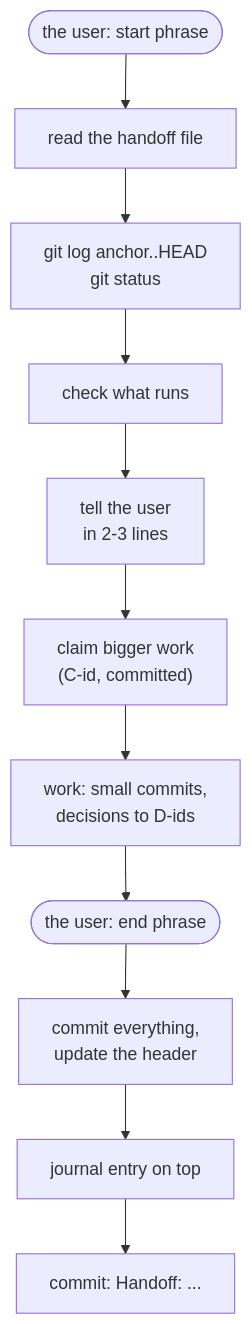
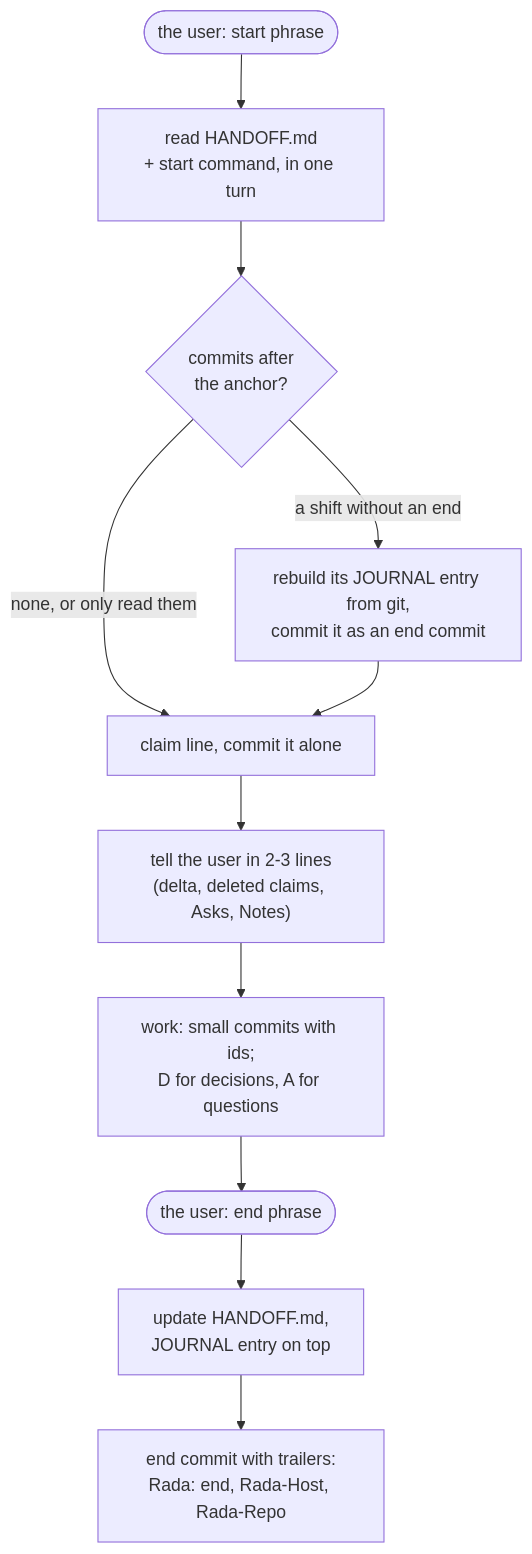
The diagram in README.md (kewl-ua/rada-anchor), drawn with Mermaid before and after one commit. The commit also changed other lines of this file and 6 other files, not shown here.

````diff
--- a/README.md
+++ b/README.md
@@ -48,13 +122,13 @@
 ```mermaid
 flowchart TD
-    A(["the user: start phrase"]) --> B["read the handoff file"]
-    B --> C["git log anchor..HEAD<br/>git status"]
-    C --> D["check what runs"]
-    D --> E["tell the user<br/>in 2-3 lines"]
-    E --> F["claim bigger work<br/>(C-id, committed)"]
-    F --> G["work: small commits,<br/>decisions to D-ids"]
-    G --> H(["the user: end phrase"])
-    H --> I["commit everything,<br/>update the header"]
-    I --> J["journal entry on top"]
-    J --> K["commit: Handoff: ..."]
+    A(["the user: start phrase"]) --> B["read HANDOFF.md<br/>+ start command, in one turn"]
+    B --> C{"commits after<br/>the anchor?"}
+    C -- "a shift without an end" --> R["rebuild its JOURNAL entry from git,<br/>commit it as an end commit"]
+    C -- "none, or only read them" --> D["claim line, commit it alone"]
+    R --> D
+    D --> E["tell the user in 2-3 lines<br/>(delta, deleted claims, Asks, Notes)"]
+    E --> F["work: small commits with ids;<br/>D for decisions, A for questions"]
+    F --> G(["the user: end phrase"])
+    G --> H["update HANDOFF.md,<br/>JOURNAL entry on top"]
+    H --> I["end commit with trailers:<br/>Rada: end, Rada-Host, Rada-Repo"]
 ```
````
